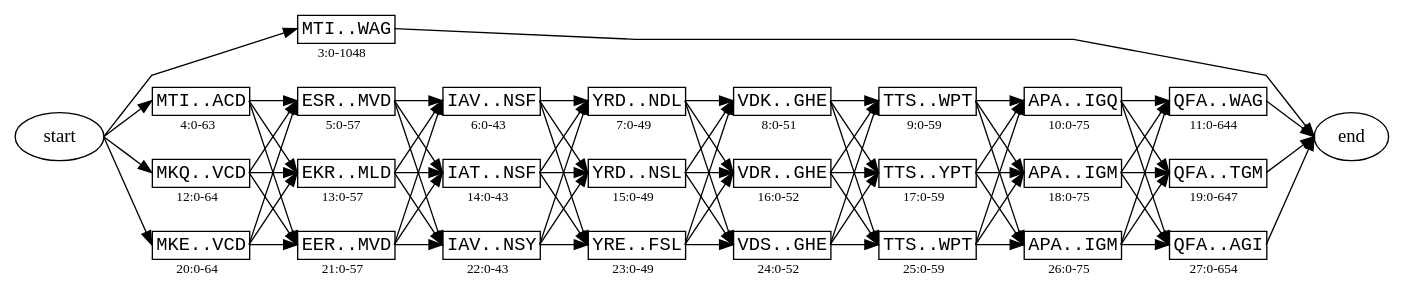
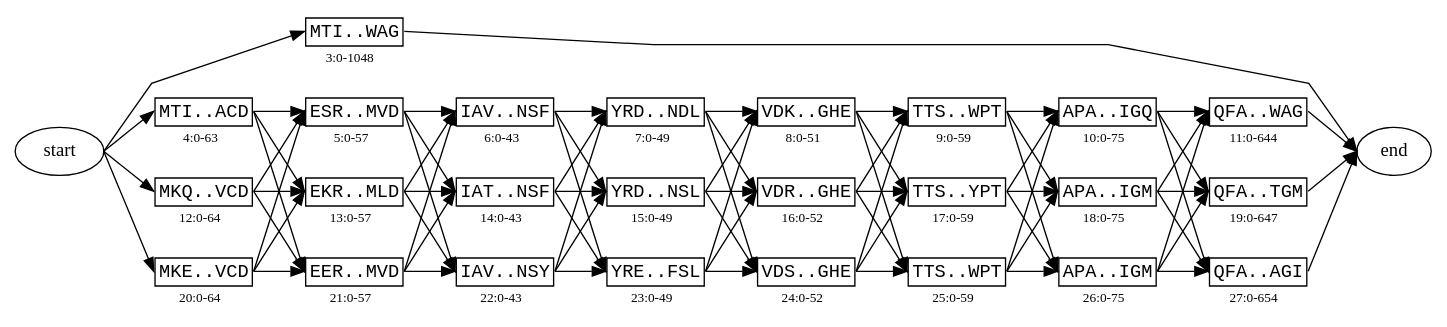
One commit to ginkgobioworks/gen changed the diagram in docs/figures/protein_figure_1.dot. Above: the diagram before and after it, drawn with Graphviz. The commit also changed 14 other files, not shown here.

Commit message:
extraction function in graph.py

```diff
--- a/docs/figures/protein_figure_1.dot
+++ b/docs/figures/protein_figure_1.dot
@@ -1,109 +1,110 @@
 strict digraph "" {
-	graph [rankdir=LR,
+	graph [fontnames=svg,
+		rankdir=LR,
 		ranksep=0.5,
 		splines=polyline
 	];
 	node [label="\N"];
 	start	[label=start];
-	3.0	[label=<<TABLE BORDER='0' CELLBORDER='1' CELLSPACING='0'><TR><TD ALIGN='CENTER' PORT='seq'><FONT FACE='Courier'>MTI..WAG</FONT></TD></TR><TR><TD BORDER='0' ALIGN='CENTER'><FONT POINT-SIZE='10'>3:0-1048</FONT></TD></TR></TABLE>>,
+	3.0	[label=<<TABLE BORDER='0' CELLBORDER='1'><TR><TD ALIGN='CENTER' PORT='seq'><FONT FACE='Monospace'>MTI..WAG</FONT></TD></TR><TR><TD BORDER='0' ALIGN='CENTER'><FONT POINT-SIZE='10'>3:0-1048</FONT></TD></TR></TABLE>>,
 		margin=0,
 		shape=none];
 	start:e -> 3.0:seq:w;
-	4.0	[label=<<TABLE BORDER='0' CELLBORDER='1' CELLSPACING='0'><TR><TD ALIGN='CENTER' PORT='seq'><FONT FACE='Courier'>MTI..ACD</FONT></TD></TR><TR><TD BORDER='0' ALIGN='CENTER'><FONT POINT-SIZE='10'>4:0-63</FONT></TD></TR></TABLE>>,
+	4.0	[label=<<TABLE BORDER='0' CELLBORDER='1'><TR><TD ALIGN='CENTER' PORT='seq'><FONT FACE='Monospace'>MTI..ACD</FONT></TD></TR><TR><TD BORDER='0' ALIGN='CENTER'><FONT POINT-SIZE='10'>4:0-63</FONT></TD></TR></TABLE>>,
 		margin=0,
 		shape=none];
 	start:e -> 4.0:seq:w;
-	12.0	[label=<<TABLE BORDER='0' CELLBORDER='1' CELLSPACING='0'><TR><TD ALIGN='CENTER' PORT='seq'><FONT FACE='Courier'>MKQ..VCD</FONT></TD></TR><TR><TD BORDER='0' ALIGN='CENTER'><FONT POINT-SIZE='10'>12:0-64</FONT></TD></TR></TABLE>>,
+	12.0	[label=<<TABLE BORDER='0' CELLBORDER='1'><TR><TD ALIGN='CENTER' PORT='seq'><FONT FACE='Monospace'>MKQ..VCD</FONT></TD></TR><TR><TD BORDER='0' ALIGN='CENTER'><FONT POINT-SIZE='10'>12:0-64</FONT></TD></TR></TABLE>>,
 		margin=0,
 		shape=none];
 	start:e -> 12.0:seq:w;
-	20.0	[label=<<TABLE BORDER='0' CELLBORDER='1' CELLSPACING='0'><TR><TD ALIGN='CENTER' PORT='seq'><FONT FACE='Courier'>MKE..VCD</FONT></TD></TR><TR><TD BORDER='0' ALIGN='CENTER'><FONT POINT-SIZE='10'>20:0-64</FONT></TD></TR></TABLE>>,
+	20.0	[label=<<TABLE BORDER='0' CELLBORDER='1'><TR><TD ALIGN='CENTER' PORT='seq'><FONT FACE='Monospace'>MKE..VCD</FONT></TD></TR><TR><TD BORDER='0' ALIGN='CENTER'><FONT POINT-SIZE='10'>20:0-64</FONT></TD></TR></TABLE>>,
 		margin=0,
 		shape=none];
 	start:e -> 20.0:seq:w;
 	end	[label=end];
 	3.0:seq:e -> end:w;
-	5.0	[label=<<TABLE BORDER='0' CELLBORDER='1' CELLSPACING='0'><TR><TD ALIGN='CENTER' PORT='seq'><FONT FACE='Courier'>ESR..MVD</FONT></TD></TR><TR><TD BORDER='0' ALIGN='CENTER'><FONT POINT-SIZE='10'>5:0-57</FONT></TD></TR></TABLE>>,
+	5.0	[label=<<TABLE BORDER='0' CELLBORDER='1'><TR><TD ALIGN='CENTER' PORT='seq'><FONT FACE='Monospace'>ESR..MVD</FONT></TD></TR><TR><TD BORDER='0' ALIGN='CENTER'><FONT POINT-SIZE='10'>5:0-57</FONT></TD></TR></TABLE>>,
 		margin=0,
 		shape=none];
 	4.0:seq:e -> 5.0:seq:w;
-	13.0	[label=<<TABLE BORDER='0' CELLBORDER='1' CELLSPACING='0'><TR><TD ALIGN='CENTER' PORT='seq'><FONT FACE='Courier'>EKR..MLD</FONT></TD></TR><TR><TD BORDER='0' ALIGN='CENTER'><FONT POINT-SIZE='10'>13:0-57</FONT></TD></TR></TABLE>>,
+	13.0	[label=<<TABLE BORDER='0' CELLBORDER='1'><TR><TD ALIGN='CENTER' PORT='seq'><FONT FACE='Monospace'>EKR..MLD</FONT></TD></TR><TR><TD BORDER='0' ALIGN='CENTER'><FONT POINT-SIZE='10'>13:0-57</FONT></TD></TR></TABLE>>,
 		margin=0,
 		shape=none];
 	4.0:seq:e -> 13.0:seq:w;
-	21.0	[label=<<TABLE BORDER='0' CELLBORDER='1' CELLSPACING='0'><TR><TD ALIGN='CENTER' PORT='seq'><FONT FACE='Courier'>EER..MVD</FONT></TD></TR><TR><TD BORDER='0' ALIGN='CENTER'><FONT POINT-SIZE='10'>21:0-57</FONT></TD></TR></TABLE>>,
+	21.0	[label=<<TABLE BORDER='0' CELLBORDER='1'><TR><TD ALIGN='CENTER' PORT='seq'><FONT FACE='Monospace'>EER..MVD</FONT></TD></TR><TR><TD BORDER='0' ALIGN='CENTER'><FONT POINT-SIZE='10'>21:0-57</FONT></TD></TR></TABLE>>,
 		margin=0,
 		shape=none];
 	4.0:seq:e -> 21.0:seq:w;
-	6.0	[label=<<TABLE BORDER='0' CELLBORDER='1' CELLSPACING='0'><TR><TD ALIGN='CENTER' PORT='seq'><FONT FACE='Courier'>IAV..NSF</FONT></TD></TR><TR><TD BORDER='0' ALIGN='CENTER'><FONT POINT-SIZE='10'>6:0-43</FONT></TD></TR></TABLE>>,
+	6.0	[label=<<TABLE BORDER='0' CELLBORDER='1'><TR><TD ALIGN='CENTER' PORT='seq'><FONT FACE='Monospace'>IAV..NSF</FONT></TD></TR><TR><TD BORDER='0' ALIGN='CENTER'><FONT POINT-SIZE='10'>6:0-43</FONT></TD></TR></TABLE>>,
 		margin=0,
 		shape=none];
 	5.0:seq:e -> 6.0:seq:w;
-	14.0	[label=<<TABLE BORDER='0' CELLBORDER='1' CELLSPACING='0'><TR><TD ALIGN='CENTER' PORT='seq'><FONT FACE='Courier'>IAT..NSF</FONT></TD></TR><TR><TD BORDER='0' ALIGN='CENTER'><FONT POINT-SIZE='10'>14:0-43</FONT></TD></TR></TABLE>>,
+	14.0	[label=<<TABLE BORDER='0' CELLBORDER='1'><TR><TD ALIGN='CENTER' PORT='seq'><FONT FACE='Monospace'>IAT..NSF</FONT></TD></TR><TR><TD BORDER='0' ALIGN='CENTER'><FONT POINT-SIZE='10'>14:0-43</FONT></TD></TR></TABLE>>,
 		margin=0,
 		shape=none];
 	5.0:seq:e -> 14.0:seq:w;
-	22.0	[label=<<TABLE BORDER='0' CELLBORDER='1' CELLSPACING='0'><TR><TD ALIGN='CENTER' PORT='seq'><FONT FACE='Courier'>IAV..NSY</FONT></TD></TR><TR><TD BORDER='0' ALIGN='CENTER'><FONT POINT-SIZE='10'>22:0-43</FONT></TD></TR></TABLE>>,
+	22.0	[label=<<TABLE BORDER='0' CELLBORDER='1'><TR><TD ALIGN='CENTER' PORT='seq'><FONT FACE='Monospace'>IAV..NSY</FONT></TD></TR><TR><TD BORDER='0' ALIGN='CENTER'><FONT POINT-SIZE='10'>22:0-43</FONT></TD></TR></TABLE>>,
 		margin=0,
 		shape=none];
 	5.0:seq:e -> 22.0:seq:w;
-	7.0	[label=<<TABLE BORDER='0' CELLBORDER='1' CELLSPACING='0'><TR><TD ALIGN='CENTER' PORT='seq'><FONT FACE='Courier'>YRD..NDL</FONT></TD></TR><TR><TD BORDER='0' ALIGN='CENTER'><FONT POINT-SIZE='10'>7:0-49</FONT></TD></TR></TABLE>>,
+	7.0	[label=<<TABLE BORDER='0' CELLBORDER='1'><TR><TD ALIGN='CENTER' PORT='seq'><FONT FACE='Monospace'>YRD..NDL</FONT></TD></TR><TR><TD BORDER='0' ALIGN='CENTER'><FONT POINT-SIZE='10'>7:0-49</FONT></TD></TR></TABLE>>,
 		margin=0,
 		shape=none];
 	6.0:seq:e -> 7.0:seq:w;
-	15.0	[label=<<TABLE BORDER='0' CELLBORDER='1' CELLSPACING='0'><TR><TD ALIGN='CENTER' PORT='seq'><FONT FACE='Courier'>YRD..NSL</FONT></TD></TR><TR><TD BORDER='0' ALIGN='CENTER'><FONT POINT-SIZE='10'>15:0-49</FONT></TD></TR></TABLE>>,
+	15.0	[label=<<TABLE BORDER='0' CELLBORDER='1'><TR><TD ALIGN='CENTER' PORT='seq'><FONT FACE='Monospace'>YRD..NSL</FONT></TD></TR><TR><TD BORDER='0' ALIGN='CENTER'><FONT POINT-SIZE='10'>15:0-49</FONT></TD></TR></TABLE>>,
 		margin=0,
 		shape=none];
 	6.0:seq:e -> 15.0:seq:w;
-	23.0	[label=<<TABLE BORDER='0' CELLBORDER='1' CELLSPACING='0'><TR><TD ALIGN='CENTER' PORT='seq'><FONT FACE='Courier'>YRE..FSL</FONT></TD></TR><TR><TD BORDER='0' ALIGN='CENTER'><FONT POINT-SIZE='10'>23:0-49</FONT></TD></TR></TABLE>>,
+	23.0	[label=<<TABLE BORDER='0' CELLBORDER='1'><TR><TD ALIGN='CENTER' PORT='seq'><FONT FACE='Monospace'>YRE..FSL</FONT></TD></TR><TR><TD BORDER='0' ALIGN='CENTER'><FONT POINT-SIZE='10'>23:0-49</FONT></TD></TR></TABLE>>,
 		margin=0,
 		shape=none];
 	6.0:seq:e -> 23.0:seq:w;
-	8.0	[label=<<TABLE BORDER='0' CELLBORDER='1' CELLSPACING='0'><TR><TD ALIGN='CENTER' PORT='seq'><FONT FACE='Courier'>VDK..GHE</FONT></TD></TR><TR><TD BORDER='0' ALIGN='CENTER'><FONT POINT-SIZE='10'>8:0-51</FONT></TD></TR></TABLE>>,
+	8.0	[label=<<TABLE BORDER='0' CELLBORDER='1'><TR><TD ALIGN='CENTER' PORT='seq'><FONT FACE='Monospace'>VDK..GHE</FONT></TD></TR><TR><TD BORDER='0' ALIGN='CENTER'><FONT POINT-SIZE='10'>8:0-51</FONT></TD></TR></TABLE>>,
 		margin=0,
 		shape=none];
 	7.0:seq:e -> 8.0:seq:w;
-	16.0	[label=<<TABLE BORDER='0' CELLBORDER='1' CELLSPACING='0'><TR><TD ALIGN='CENTER' PORT='seq'><FONT FACE='Courier'>VDR..GHE</FONT></TD></TR><TR><TD BORDER='0' ALIGN='CENTER'><FONT POINT-SIZE='10'>16:0-52</FONT></TD></TR></TABLE>>,
+	16.0	[label=<<TABLE BORDER='0' CELLBORDER='1'><TR><TD ALIGN='CENTER' PORT='seq'><FONT FACE='Monospace'>VDR..GHE</FONT></TD></TR><TR><TD BORDER='0' ALIGN='CENTER'><FONT POINT-SIZE='10'>16:0-52</FONT></TD></TR></TABLE>>,
 		margin=0,
 		shape=none];
 	7.0:seq:e -> 16.0:seq:w;
-	24.0	[label=<<TABLE BORDER='0' CELLBORDER='1' CELLSPACING='0'><TR><TD ALIGN='CENTER' PORT='seq'><FONT FACE='Courier'>VDS..GHE</FONT></TD></TR><TR><TD BORDER='0' ALIGN='CENTER'><FONT POINT-SIZE='10'>24:0-52</FONT></TD></TR></TABLE>>,
+	24.0	[label=<<TABLE BORDER='0' CELLBORDER='1'><TR><TD ALIGN='CENTER' PORT='seq'><FONT FACE='Monospace'>VDS..GHE</FONT></TD></TR><TR><TD BORDER='0' ALIGN='CENTER'><FONT POINT-SIZE='10'>24:0-52</FONT></TD></TR></TABLE>>,
 		margin=0,
 		shape=none];
 	7.0:seq:e -> 24.0:seq:w;
-	9.0	[label=<<TABLE BORDER='0' CELLBORDER='1' CELLSPACING='0'><TR><TD ALIGN='CENTER' PORT='seq'><FONT FACE='Courier'>TTS..WPT</FONT></TD></TR><TR><TD BORDER='0' ALIGN='CENTER'><FONT POINT-SIZE='10'>9:0-59</FONT></TD></TR></TABLE>>,
+	9.0	[label=<<TABLE BORDER='0' CELLBORDER='1'><TR><TD ALIGN='CENTER' PORT='seq'><FONT FACE='Monospace'>TTS..WPT</FONT></TD></TR><TR><TD BORDER='0' ALIGN='CENTER'><FONT POINT-SIZE='10'>9:0-59</FONT></TD></TR></TABLE>>,
 		margin=0,
 		shape=none];
 	8.0:seq:e -> 9.0:seq:w;
-	17.0	[label=<<TABLE BORDER='0' CELLBORDER='1' CELLSPACING='0'><TR><TD ALIGN='CENTER' PORT='seq'><FONT FACE='Courier'>TTS..YPT</FONT></TD></TR><TR><TD BORDER='0' ALIGN='CENTER'><FONT POINT-SIZE='10'>17:0-59</FONT></TD></TR></TABLE>>,
+	17.0	[label=<<TABLE BORDER='0' CELLBORDER='1'><TR><TD ALIGN='CENTER' PORT='seq'><FONT FACE='Monospace'>TTS..YPT</FONT></TD></TR><TR><TD BORDER='0' ALIGN='CENTER'><FONT POINT-SIZE='10'>17:0-59</FONT></TD></TR></TABLE>>,
 		margin=0,
 		shape=none];
 	8.0:seq:e -> 17.0:seq:w;
-	25.0	[label=<<TABLE BORDER='0' CELLBORDER='1' CELLSPACING='0'><TR><TD ALIGN='CENTER' PORT='seq'><FONT FACE='Courier'>TTS..WPT</FONT></TD></TR><TR><TD BORDER='0' ALIGN='CENTER'><FONT POINT-SIZE='10'>25:0-59</FONT></TD></TR></TABLE>>,
+	25.0	[label=<<TABLE BORDER='0' CELLBORDER='1'><TR><TD ALIGN='CENTER' PORT='seq'><FONT FACE='Monospace'>TTS..WPT</FONT></TD></TR><TR><TD BORDER='0' ALIGN='CENTER'><FONT POINT-SIZE='10'>25:0-59</FONT></TD></TR></TABLE>>,
 		margin=0,
 		shape=none];
 	8.0:seq:e -> 25.0:seq:w;
-	10.0	[label=<<TABLE BORDER='0' CELLBORDER='1' CELLSPACING='0'><TR><TD ALIGN='CENTER' PORT='seq'><FONT FACE='Courier'>APA..IGQ</FONT></TD></TR><TR><TD BORDER='0' ALIGN='CENTER'><FONT POINT-SIZE='10'>10:0-75</FONT></TD></TR></TABLE>>,
+	10.0	[label=<<TABLE BORDER='0' CELLBORDER='1'><TR><TD ALIGN='CENTER' PORT='seq'><FONT FACE='Monospace'>APA..IGQ</FONT></TD></TR><TR><TD BORDER='0' ALIGN='CENTER'><FONT POINT-SIZE='10'>10:0-75</FONT></TD></TR></TABLE>>,
 		margin=0,
 		shape=none];
 	9.0:seq:e -> 10.0:seq:w;
-	18.0	[label=<<TABLE BORDER='0' CELLBORDER='1' CELLSPACING='0'><TR><TD ALIGN='CENTER' PORT='seq'><FONT FACE='Courier'>APA..IGM</FONT></TD></TR><TR><TD BORDER='0' ALIGN='CENTER'><FONT POINT-SIZE='10'>18:0-75</FONT></TD></TR></TABLE>>,
+	18.0	[label=<<TABLE BORDER='0' CELLBORDER='1'><TR><TD ALIGN='CENTER' PORT='seq'><FONT FACE='Monospace'>APA..IGM</FONT></TD></TR><TR><TD BORDER='0' ALIGN='CENTER'><FONT POINT-SIZE='10'>18:0-75</FONT></TD></TR></TABLE>>,
 		margin=0,
 		shape=none];
 	9.0:seq:e -> 18.0:seq:w;
-	26.0	[label=<<TABLE BORDER='0' CELLBORDER='1' CELLSPACING='0'><TR><TD ALIGN='CENTER' PORT='seq'><FONT FACE='Courier'>APA..IGM</FONT></TD></TR><TR><TD BORDER='0' ALIGN='CENTER'><FONT POINT-SIZE='10'>26:0-75</FONT></TD></TR></TABLE>>,
+	26.0	[label=<<TABLE BORDER='0' CELLBORDER='1'><TR><TD ALIGN='CENTER' PORT='seq'><FONT FACE='Monospace'>APA..IGM</FONT></TD></TR><TR><TD BORDER='0' ALIGN='CENTER'><FONT POINT-SIZE='10'>26:0-75</FONT></TD></TR></TABLE>>,
 		margin=0,
 		shape=none];
 	9.0:seq:e -> 26.0:seq:w;
-	11.0	[label=<<TABLE BORDER='0' CELLBORDER='1' CELLSPACING='0'><TR><TD ALIGN='CENTER' PORT='seq'><FONT FACE='Courier'>QFA..WAG</FONT></TD></TR><TR><TD BORDER='0' ALIGN='CENTER'><FONT POINT-SIZE='10'>11:0-644</FONT></TD></TR></TABLE>>,
+	11.0	[label=<<TABLE BORDER='0' CELLBORDER='1'><TR><TD ALIGN='CENTER' PORT='seq'><FONT FACE='Monospace'>QFA..WAG</FONT></TD></TR><TR><TD BORDER='0' ALIGN='CENTER'><FONT POINT-SIZE='10'>11:0-644</FONT></TD></TR></TABLE>>,
 		margin=0,
 		shape=none];
 	10.0:seq:e -> 11.0:seq:w;
-	19.0	[label=<<TABLE BORDER='0' CELLBORDER='1' CELLSPACING='0'><TR><TD ALIGN='CENTER' PORT='seq'><FONT FACE='Courier'>QFA..TGM</FONT></TD></TR><TR><TD BORDER='0' ALIGN='CENTER'><FONT POINT-SIZE='10'>19:0-647</FONT></TD></TR></TABLE>>,
+	19.0	[label=<<TABLE BORDER='0' CELLBORDER='1'><TR><TD ALIGN='CENTER' PORT='seq'><FONT FACE='Monospace'>QFA..TGM</FONT></TD></TR><TR><TD BORDER='0' ALIGN='CENTER'><FONT POINT-SIZE='10'>19:0-647</FONT></TD></TR></TABLE>>,
 		margin=0,
 		shape=none];
 	10.0:seq:e -> 19.0:seq:w;
-	27.0	[label=<<TABLE BORDER='0' CELLBORDER='1' CELLSPACING='0'><TR><TD ALIGN='CENTER' PORT='seq'><FONT FACE='Courier'>QFA..AGI</FONT></TD></TR><TR><TD BORDER='0' ALIGN='CENTER'><FONT POINT-SIZE='10'>27:0-654</FONT></TD></TR></TABLE>>,
+	27.0	[label=<<TABLE BORDER='0' CELLBORDER='1'><TR><TD ALIGN='CENTER' PORT='seq'><FONT FACE='Monospace'>QFA..AGI</FONT></TD></TR><TR><TD BORDER='0' ALIGN='CENTER'><FONT POINT-SIZE='10'>27:0-654</FONT></TD></TR></TABLE>>,
 		margin=0,
 		shape=none];
 	10.0:seq:e -> 27.0:seq:w;
```
